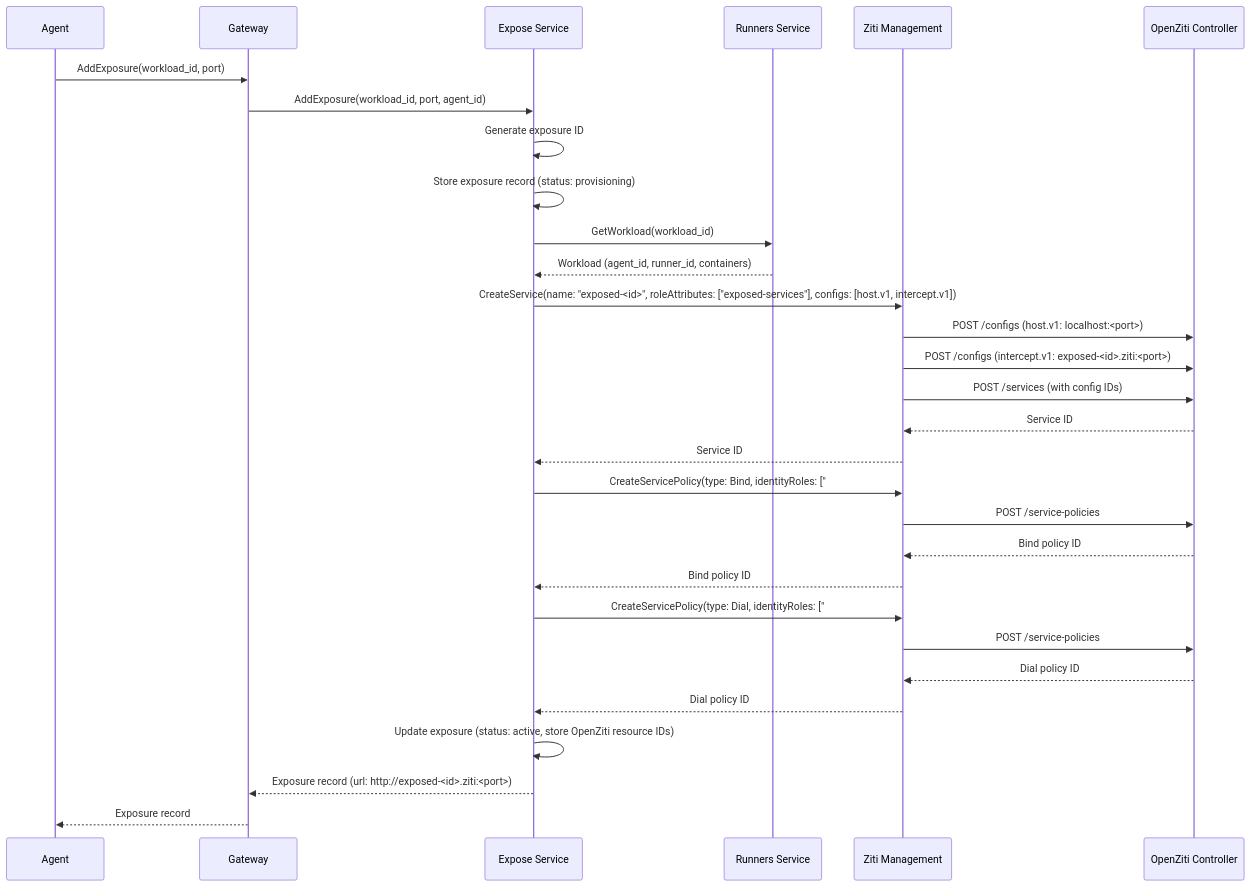
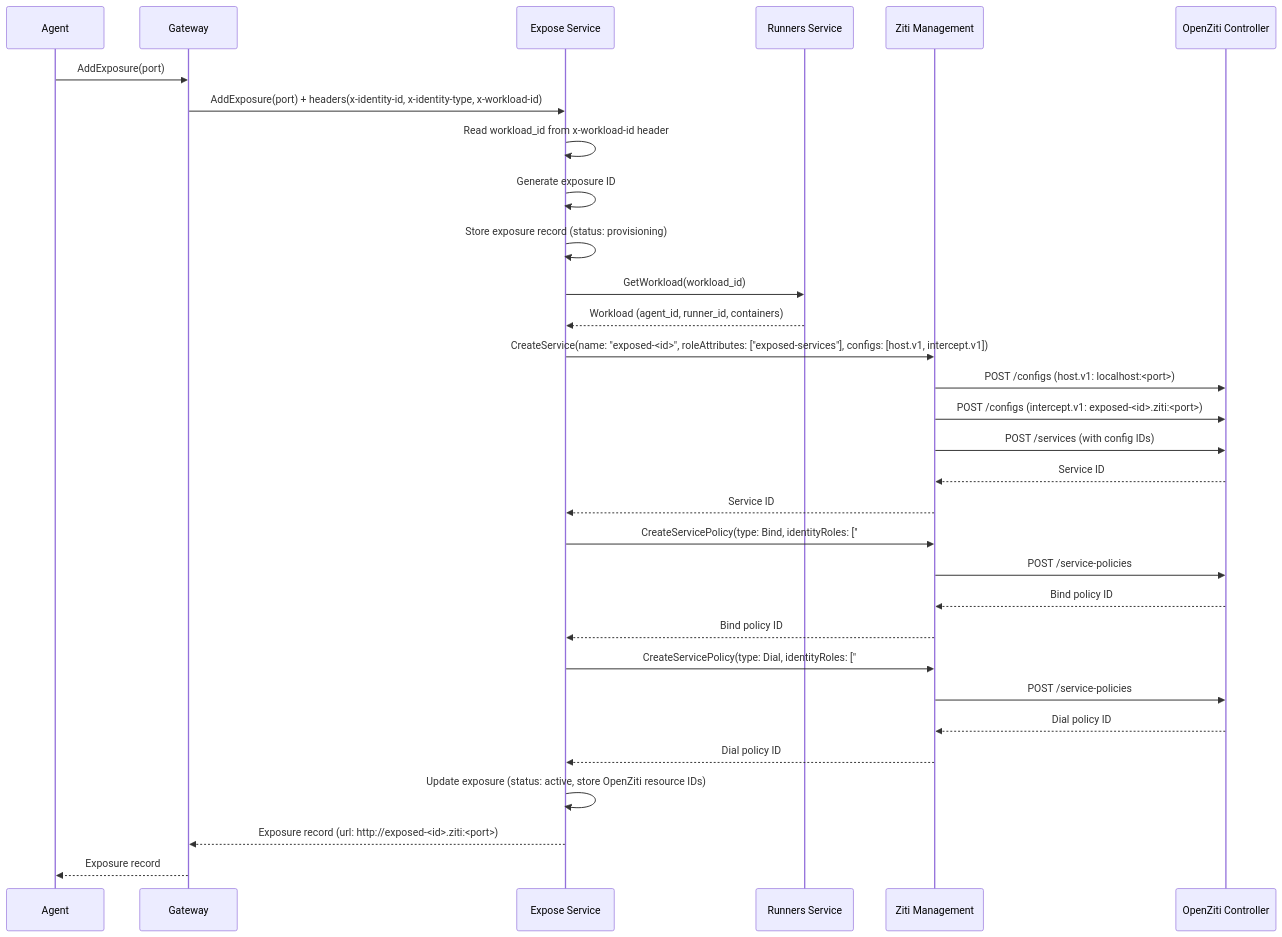
Before and after one commit to agynio/architecture: the second of 4 diagrams in architecture/expose-service.md, drawn with Mermaid. The commit also changed other lines of this file and 1 other file, not shown here.

````diff
--- a/architecture/expose-service.md
+++ b/architecture/expose-service.md
@@ -60,37 +70,38 @@
 ```mermaid
 sequenceDiagram
     participant A as Agent
     participant GW as Gateway
     participant ES as Expose Service
     participant RS as Runners Service
     participant ZM as Ziti Management
     participant ZC as OpenZiti Controller
 
-    A->>GW: AddExposure(workload_id, port)
-    GW->>ES: AddExposure(workload_id, port, agent_id)
+    A->>GW: AddExposure(port)
+    GW->>ES: AddExposure(port) + headers(x-identity-id, x-identity-type, x-workload-id)
+    ES->>ES: Read workload_id from x-workload-id header
     ES->>ES: Generate exposure ID
     ES->>ES: Store exposure record (status: provisioning)
     ES->>RS: GetWorkload(workload_id)
     RS-->>ES: Workload (agent_id, runner_id, containers)
 
     ES->>ZM: CreateService(name: "exposed-<id>", roleAttributes: ["exposed-services"], configs: [host.v1, intercept.v1])
     ZM->>ZC: POST /configs (host.v1: localhost:<port>)
     ZM->>ZC: POST /configs (intercept.v1: exposed-<id>.ziti:<port>)
     ZM->>ZC: POST /services (with config IDs)
     ZC-->>ZM: Service ID
     ZM-->>ES: Service ID
 
     ES->>ZM: CreateServicePolicy(type: Bind, identityRoles: ["#workload-<workloadId>"], serviceRoles: ["@exposed-<id>"])
     ZM->>ZC: POST /service-policies
     ZC-->>ZM: Bind policy ID
     ZM-->>ES: Bind policy ID
 
     ES->>ZM: CreateServicePolicy(type: Dial, identityRoles: ["#all"], serviceRoles: ["@exposed-<id>"])
     ZM->>ZC: POST /service-policies
     ZC-->>ZM: Dial policy ID
     ZM-->>ES: Dial policy ID
 
     ES->>ES: Update exposure (status: active, store OpenZiti resource IDs)
     ES-->>GW: Exposure record (url: http://exposed-<id>.ziti:<port>)
     GW-->>A: Exposure record
 ```
````
